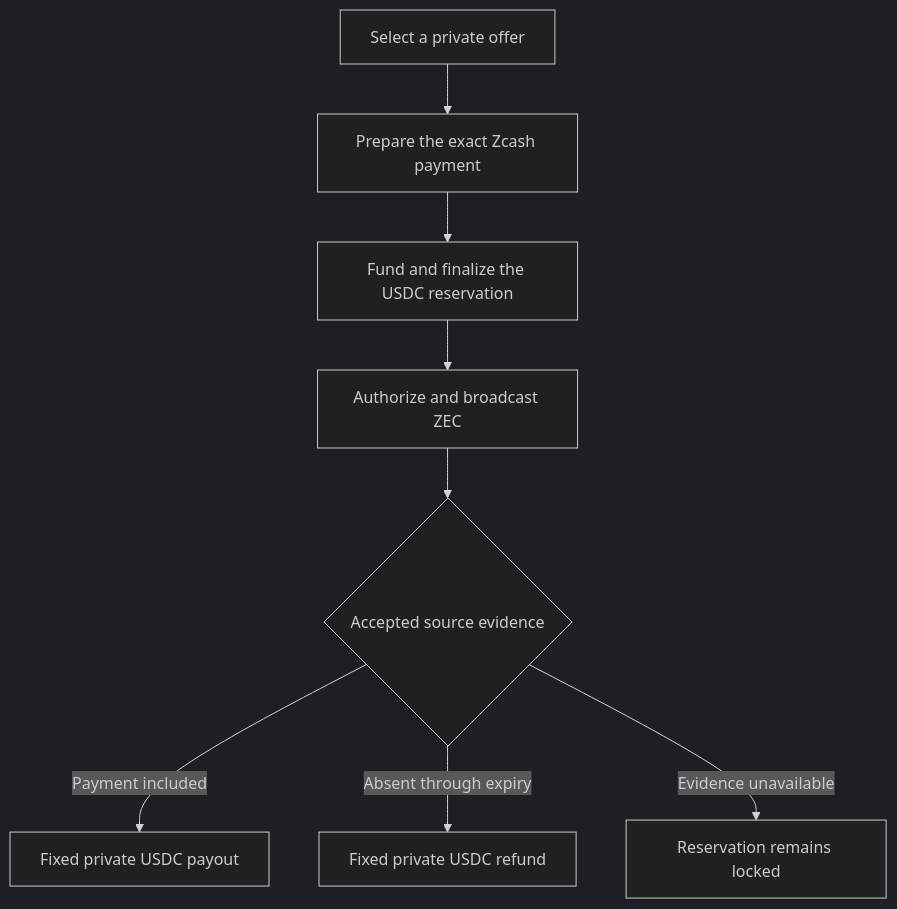
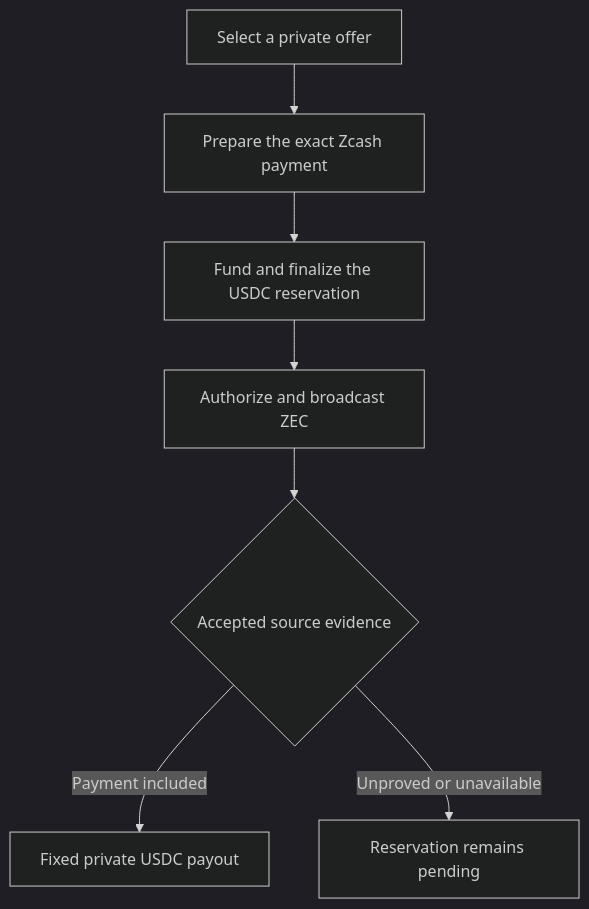
The diagram in zutti.md (chigozzdevv/zutti), drawn with Mermaid (dark theme) before and after one commit. The commit also changed other lines of this file and 1 other file, not shown here.

````diff
--- a/zutti.md
+++ b/zutti.md
@@ -138,10 +151,9 @@
 ```mermaid
 flowchart TD
   A[Select a private offer] --> B[Prepare the exact Zcash payment]
   B --> C[Fund and finalize the USDC reservation]
   C --> D[Authorize and broadcast ZEC]
   D --> E{Accepted source evidence}
   E -->|Payment included| F[Fixed private USDC payout]
-  E -->|Absent through expiry| G[Fixed private USDC refund]
-  E -->|Evidence unavailable| H[Reservation remains locked]
+  E -->|Unproved or unavailable| H[Reservation remains pending]
 ```
````
